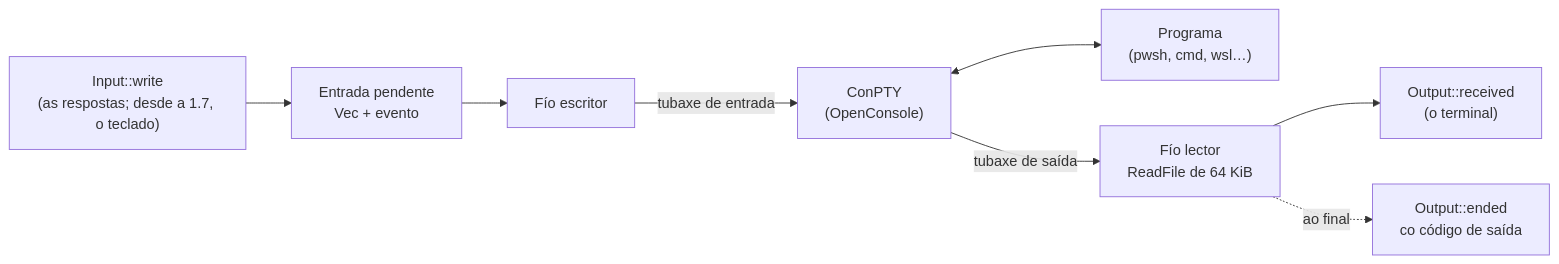
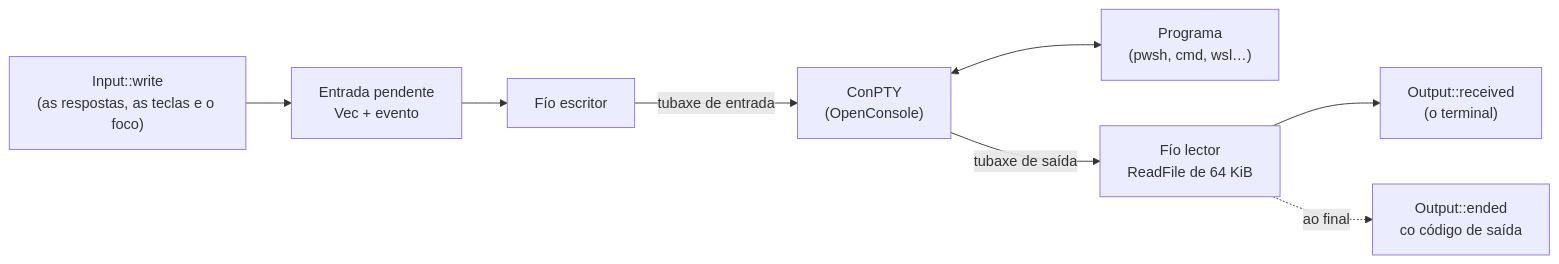
Before and after one commit to NewHouses/meiga: the third of 11 diagrams in docs/arquitectura.md, drawn with Mermaid. The commit also changed other lines of this file and 28 other files, not shown here.

````diff
--- a/docs/arquitectura.md
+++ b/docs/arquitectura.md
@@ -93,10 +93,10 @@
 ```mermaid
 flowchart LR
-    write["Input::write<br/>(as respostas; desde a 1.7, o teclado)"] --> input["Entrada pendente<br/>Vec + evento"]
+    write["Input::write<br/>(as respostas, as teclas e o foco)"] --> input["Entrada pendente<br/>Vec + evento"]
     input --> writer["Fío escritor"]
     writer -- "tubaxe de entrada" --> conpty["ConPTY<br/>(OpenConsole)"]
     conpty <--> shell["Programa<br/>(pwsh, cmd, wsl…)"]
     conpty -- "tubaxe de saída" --> reader["Fío lector<br/>ReadFile de 64 KiB"]
     reader --> output["Output::received<br/>(o terminal)"]
     reader -. "ao final" .-> ended["Output::ended<br/>co código de saída"]
 ```
````
